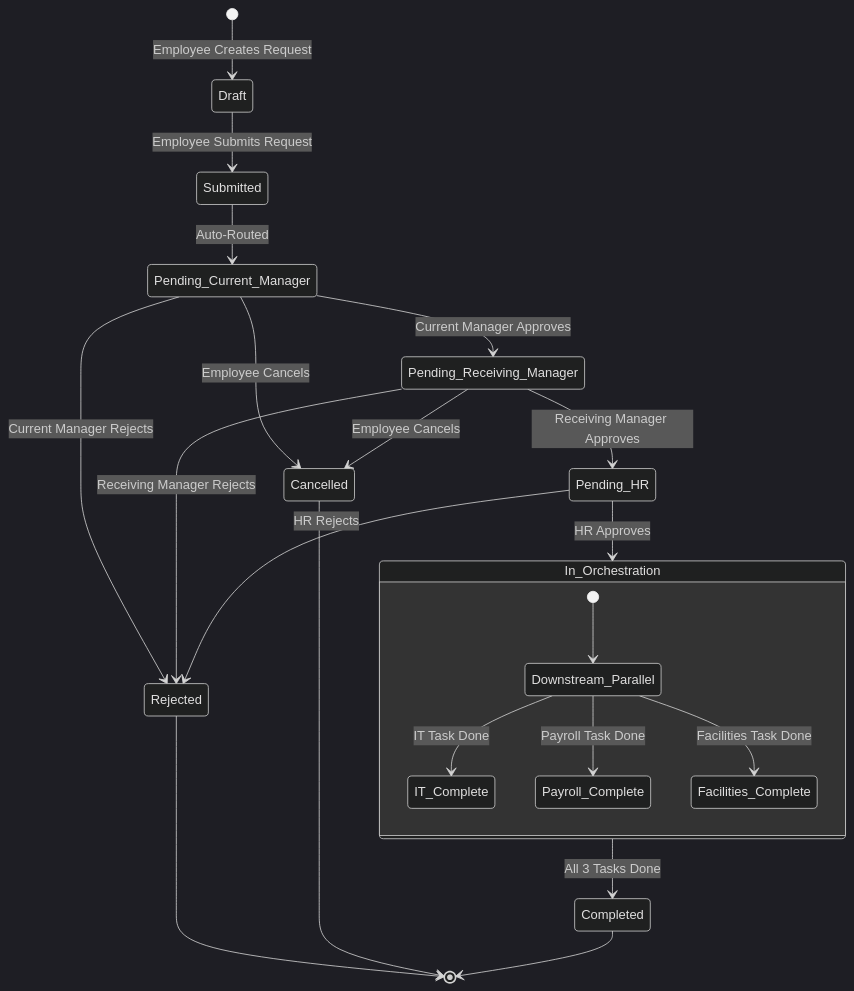
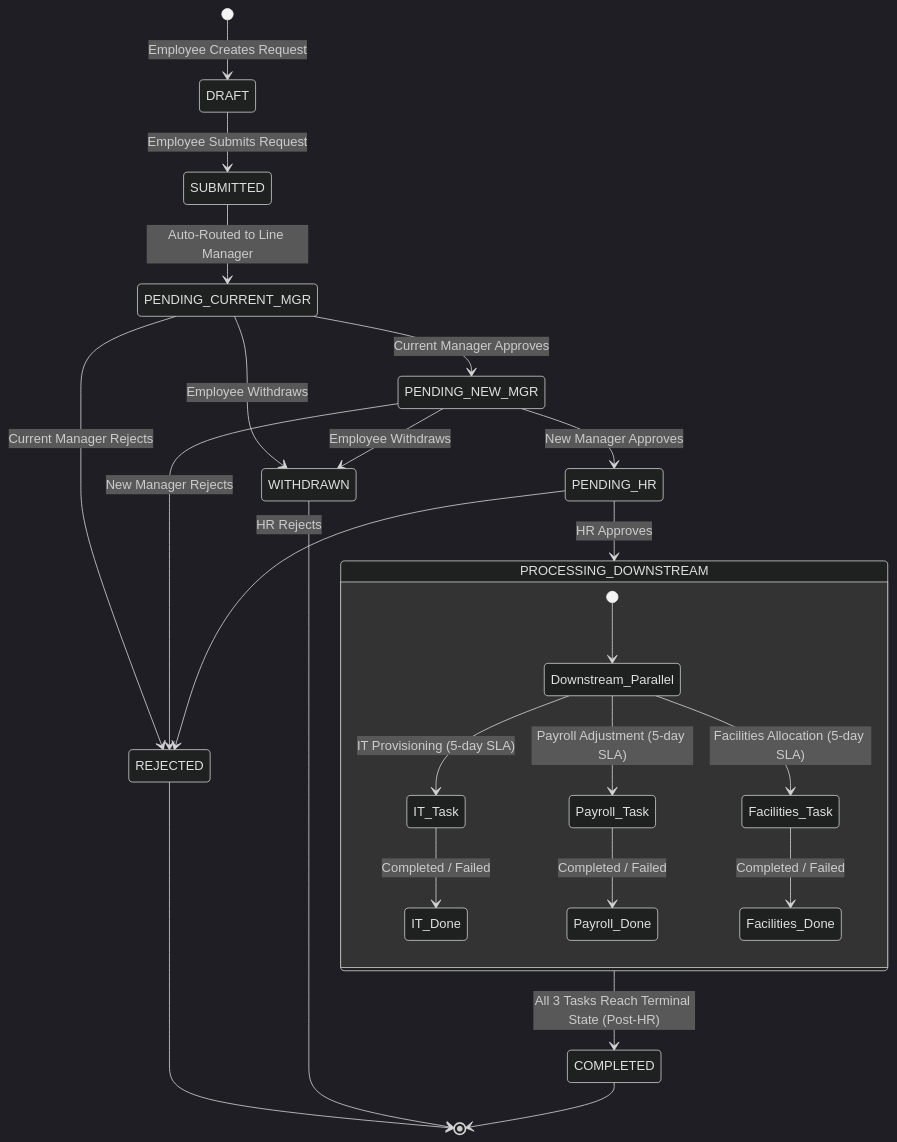
The second of 2 diagrams in .ai-context/architecture.md (shakshisrivastava-creator/employee_internal_project_sdd), drawn with Mermaid (dark theme) before and after one commit. The commit also changed other lines of this file and 5 other files, not shown here.

````diff
--- a/.ai-context/architecture.md
+++ b/.ai-context/architecture.md
@@ -38,28 +38,33 @@
 ```mermaid
 stateDiagram-v2
-    [*] --> Draft: Employee Creates Request
-    Draft --> Submitted: Employee Submits Request
-    Submitted --> Pending_Current_Manager: Auto-Routed
-    Pending_Current_Manager --> Pending_Receiving_Manager: Current Manager Approves
-    Pending_Current_Manager --> Rejected: Current Manager Rejects
-    Pending_Current_Manager --> Cancelled: Employee Cancels
+    [*] --> DRAFT: Employee Creates Request
+    DRAFT --> SUBMITTED: Employee Submits Request
+    SUBMITTED --> PENDING_CURRENT_MGR: Auto-Routed to Line Manager
     
-    Pending_Receiving_Manager --> Pending_HR: Receiving Manager Approves
-    Pending_Receiving_Manager --> Rejected: Receiving Manager Rejects
-    Pending_Receiving_Manager --> Cancelled: Employee Cancels
+    PENDING_CURRENT_MGR --> PENDING_NEW_MGR: Current Manager Approves
+    PENDING_CURRENT_MGR --> REJECTED: Current Manager Rejects
+    PENDING_CURRENT_MGR --> WITHDRAWN: Employee Withdraws
     
-    Pending_HR --> In_Orchestration: HR Approves
-    Pending_HR --> Rejected: HR Rejects
+    PENDING_NEW_MGR --> PENDING_HR: New Manager Approves
+    PENDING_NEW_MGR --> REJECTED: New Manager Rejects
+    PENDING_NEW_MGR --> WITHDRAWN: Employee Withdraws
     
-    state In_Orchestration {
+    PENDING_HR --> PROCESSING_DOWNSTREAM: HR Approves
+    PENDING_HR --> REJECTED: HR Rejects
+    
+    state PROCESSING_DOWNSTREAM {
         [*] --> Downstream_Parallel
-        Downstream_Parallel --> IT_Complete: IT Task Done
-        Downstream_Parallel --> Payroll_Complete: Payroll Task Done
-        Downstream_Parallel --> Facilities_Complete: Facilities Task Done
+        Downstream_Parallel --> IT_Task: IT Provisioning (5-day SLA)
+        Downstream_Parallel --> Payroll_Task: Payroll Adjustment (5-day SLA)
+        Downstream_Parallel --> Facilities_Task: Facilities Allocation (5-day SLA)
+        
+        IT_Task --> IT_Done: Completed / Failed
+        Payroll_Task --> Payroll_Done: Completed / Failed
+        Facilities_Task --> Facilities_Done: Completed / Failed
     }
     
-    In_Orchestration --> Completed: All 3 Tasks Done
-    Rejected --> [*]
-    Cancelled --> [*]
-    Completed --> [*]
+    PROCESSING_DOWNSTREAM --> COMPLETED: All 3 Tasks Reach Terminal State (Post-HR)
+    REJECTED --> [*]
+    WITHDRAWN --> [*]
+    COMPLETED --> [*]
 ```
````
